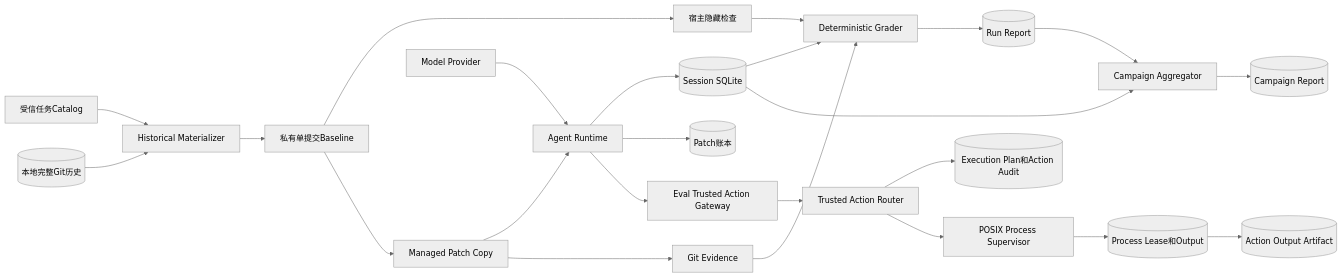
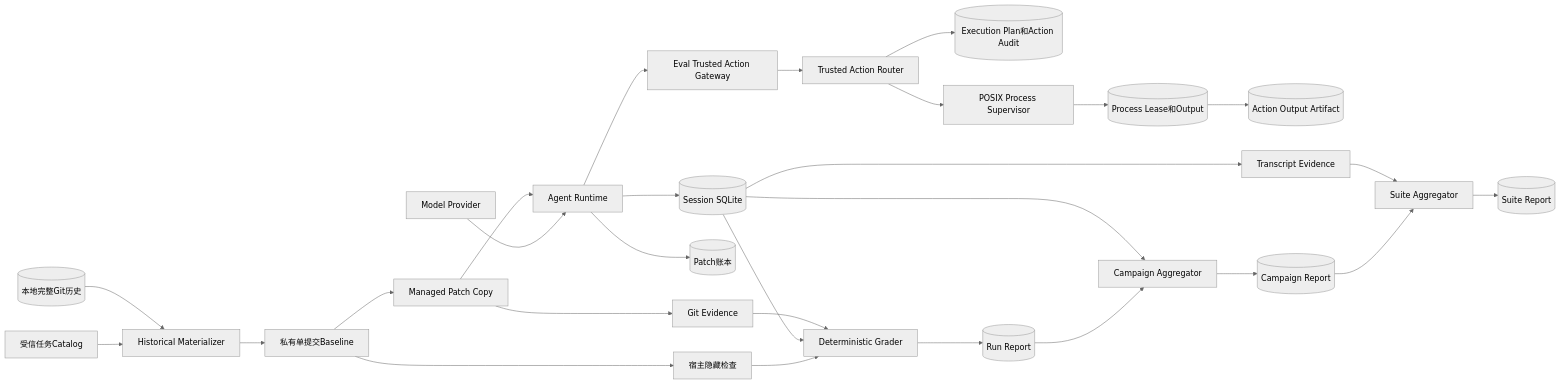
Before and after one commit to carrie1988/Harnessix: the first of 17 diagrams in docs/modules/evals.md, drawn with Mermaid (neutral theme). The commit also changed other lines of this file and 21 other files, not shown here.

Commit message:
feat: 建立多仓库 Eval Suite 与 Transcript 证据

````diff
--- a/docs/modules/evals.md
+++ b/docs/modules/evals.md
@@ -159,26 +164,30 @@
 ```mermaid
 flowchart LR
     Catalog[受信任务Catalog] --> Materializer[Historical Materializer]
     Source[(本地完整Git历史)] --> Materializer
     Materializer --> Baseline[私有单提交Baseline]
     Baseline --> Checks[宿主隐藏检查]
     Baseline --> Copy[Managed Patch Copy]
     Provider[Model Provider] --> Runtime[Agent Runtime]
     Copy --> Runtime
     Runtime --> Session[(Session SQLite)]
     Runtime --> Patch[(Patch账本)]
     Runtime --> Gateway[Eval Trusted Action Gateway]
     Gateway --> Router[Trusted Action Router]
     Router --> Plan[(Execution Plan和Action Audit)]
     Router --> Owner[POSIX Process Supervisor]
     Owner --> Lease[(Process Lease和Output)]
     Lease --> Artifact[(Action Output Artifact)]
     Checks --> Grader[Deterministic Grader]
     Session --> Grader
     Copy --> GitEvidence[Git Evidence]
     GitEvidence --> Grader
     Grader --> Report[(Run Report)]
     Report --> Campaign[Campaign Aggregator]
     Session --> Campaign
     Campaign --> CampaignReport[(Campaign Report)]
+    CampaignReport --> Suite[Suite Aggregator]
+    Session --> Transcript[Transcript Evidence]
+    Transcript --> Suite
+    Suite --> SuiteReport[(Suite Report)]
 ```
````
